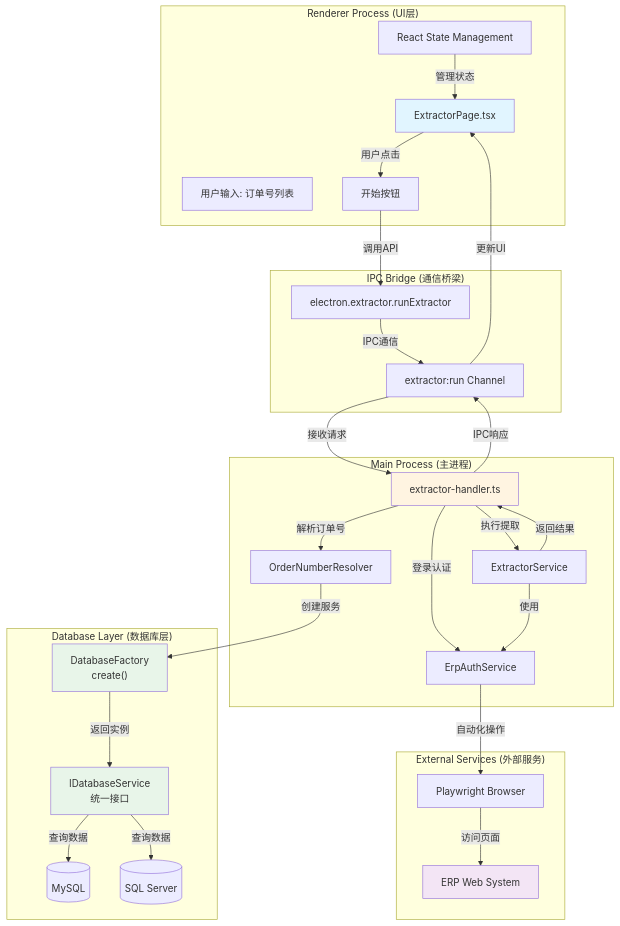
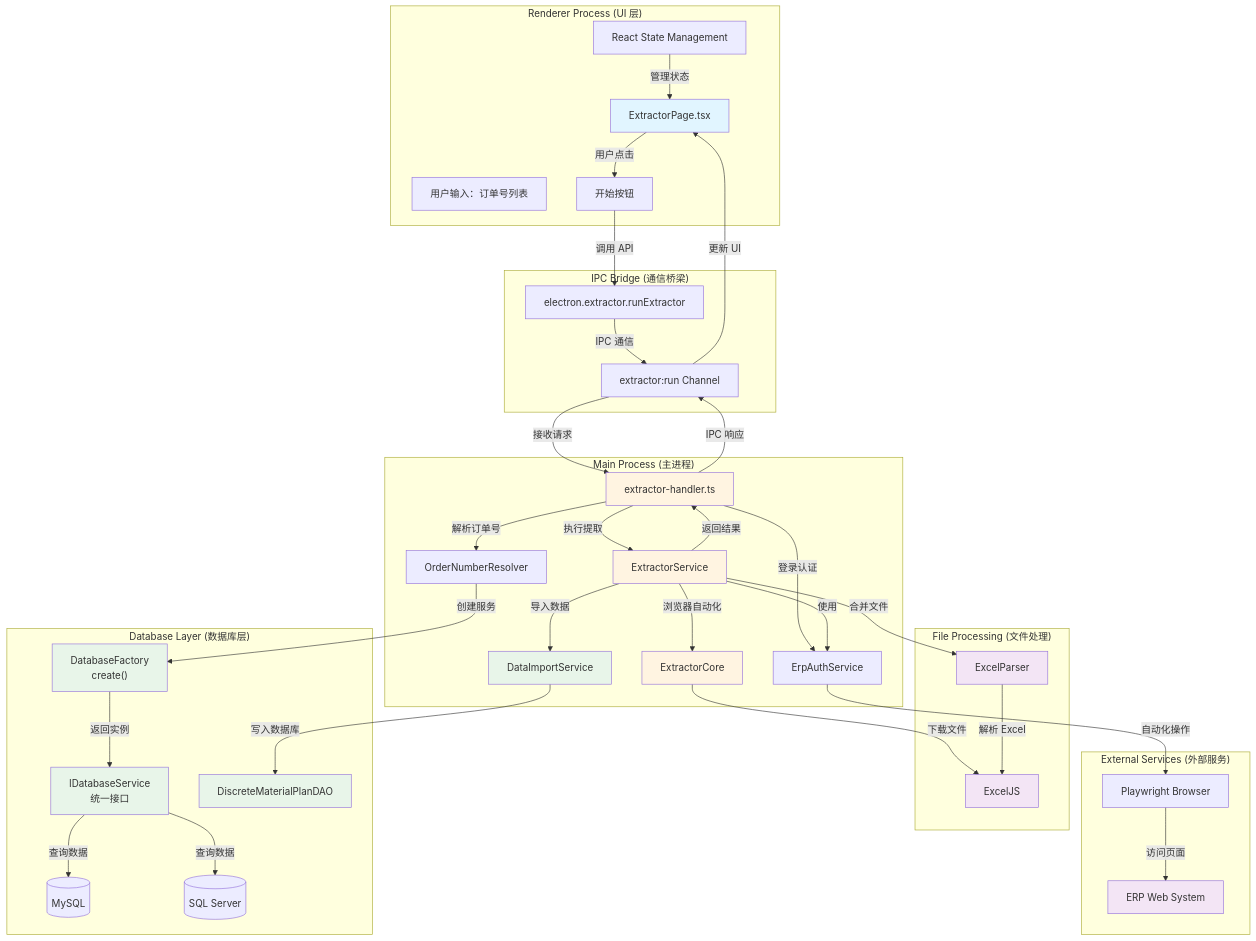
One commit to Misaka-Dev-Hub/ERPAuto changed the first of 5 diagrams in docs/extractor-start-button-flow.md. Above: the diagram before and after it, drawn with Mermaid. The commit also changed other lines of this file, not shown here.

First line of the commit message:
docs: update extractor-start-button-flow.md to v1.3

````diff
--- a/docs/extractor-start-button-flow.md
+++ b/docs/extractor-start-button-flow.md
@@ -32,60 +37,78 @@
 ```mermaid
 graph TB
-    subgraph "Renderer Process (UI层)"
+    subgraph "Renderer Process (UI 层)"
         A[ExtractorPage.tsx]
         B[React State Management]
-        C[用户输入: 订单号列表]
+        C[用户输入：订单号列表]
         D[开始按钮]
     end
 
     subgraph "IPC Bridge (通信桥梁)"
         E[electron.extractor.runExtractor]
         F[extractor:run Channel]
     end
 
     subgraph "Main Process (主进程)"
         G[extractor-handler.ts]
         H[OrderNumberResolver]
         I[ErpAuthService]
         J[ExtractorService]
+        K[ExtractorCore]
+        L[DataImportService]
     end
 
     subgraph "Database Layer (数据库层)"
-        N["DatabaseFactory
-        create()"]
-        O["IDatabaseService
-        统一接口"]
+        N["DatabaseFactory<br/>create()"]
+        O["IDatabaseService<br/>统一接口"]
         P1[(MySQL)]
         P2[(SQL Server)]
+        Q[DiscreteMaterialPlanDAO]
+    end
+
+    subgraph "File Processing (文件处理)"
+        R[ExcelParser]
+        S[ExcelJS]
     end
 
     subgraph "External Services (外部服务)"
-        L[ERP Web System]
-        M[Playwright Browser]
+        T[ERP Web System]
+        U[Playwright Browser]
     end
 
-    A -->|用户点击| D
-    D -->|调用API| E
-    E -->|IPC通信| F
-    F -->|接收请求| G
-    G -->|解析订单号| H
-    H -->|创建服务| N
-    N -->|返回实例| O
-    O -->|查询数据| P1
-    O -->|查询数据| P2
-    G -->|登录认证| I
-    I -->|自动化操作| M
-    M -->|访问页面| L
-    G -->|执行提取| J
-    J -->|使用| I
-    J -->|返回结果| G
-    G -->|IPC响应| F
-    F -->|更新UI| A
-    B -->|管理状态| A
+    A -->|用户点击 | D
+    D -->|调用 API| E
+    E -->|IPC 通信 | F
+    F -->|接收请求 | G
+    G -->|解析订单号 | H
+    H -->|创建服务 | N
+    N -->|返回实例 | O
+    O -->|查询数据 | P1
+    O -->|查询数据 | P2
+    G -->|登录认证 | I
+    I -->|自动化操作 | U
+    U -->|访问页面 | T
+    G -->|执行提取 | J
+    J -->|使用 | I
+    J -->|浏览器自动化 | K
+    K -->|下载文件 | S
+    J -->|合并文件 | R
+    R -->|解析 Excel| S
+    J -->|导入数据 | L
+    L -->|写入数据库 | Q
+    J -->|返回结果 | G
+    G -->|IPC 响应 | F
+    F -->|更新 UI| A
+    B -->|管理状态 | A
 
     style A fill:#e1f5ff
     style G fill:#fff4e1
+    style J fill:#fff4e1
+    style K fill:#fff4e1
     style N fill:#e8f5e9
     style O fill:#e8f5e9
-    style L fill:#f3e5f5
+    style Q fill:#e8f5e9
+    style R fill:#f3e5f5
+    style S fill:#f3e5f5
+    style L fill:#e8f5e9
+    style T fill:#f3e5f5
 ```
````
